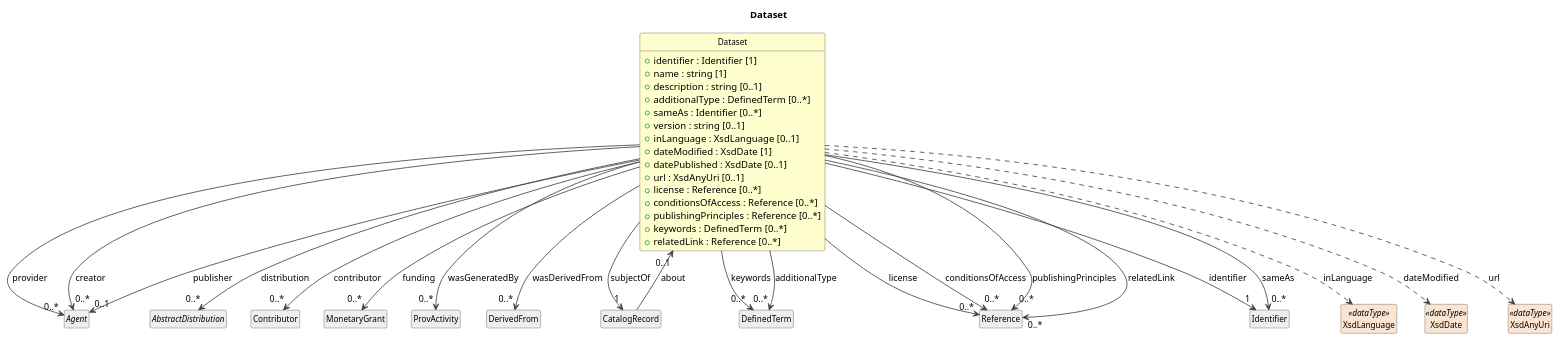
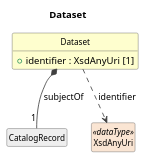
Before and after one commit to Cross-Domain-Interoperability-Framework/metadataBuildingBlocks: the diagram in cdif-uml-model/CDIFArchiveDistribution/Classes/Dataset.pu, drawn with PlantUML. The commit also changed 142 other files, not shown here.

First line of the commit message:
cdif-uml-model: regenerated CDIFArchiveDistribution (focused overview)

```diff
--- a/cdif-uml-model/CDIFArchiveDistribution/Classes/Dataset.pu
+++ b/cdif-uml-model/CDIFArchiveDistribution/Classes/Dataset.pu
@@ -1,65 +1,21 @@
 @startuml
 title Dataset
 hide circle
 hide empty members
 skinparam shadowing false
 skinparam ArrowThickness 1.2
 skinparam class {
   ArrowColor #404040
   BorderColor #404040
   FontSize 12
 }
 
 class "Dataset" as Dataset #FEFECE {
-  +identifier : Identifier [1]
-  +name : string [1]
-  +description : string [0..1]
-  +additionalType : DefinedTerm [0..*]
-  +sameAs : Identifier [0..*]
-  +version : string [0..1]
-  +inLanguage : XsdLanguage [0..1]
-  +dateModified : XsdDate [1]
-  +datePublished : XsdDate [0..1]
-  +url : XsdAnyUri [0..1]
-  +license : Reference [0..*]
-  +conditionsOfAccess : Reference [0..*]
-  +publishingPrinciples : Reference [0..*]
-  +keywords : DefinedTerm [0..*]
-  +relatedLink : Reference [0..*]
+  +identifier : XsdAnyUri [1]
 }
-abstract class "Agent" as Agent #EEEEEE
-Dataset --> "0..*" Agent : provider
-abstract class "AbstractDistribution" as AbstractDistribution #EEEEEE
-Dataset --> "0..*" AbstractDistribution : distribution
-Dataset --> "0..*" Agent : creator
-class "Contributor" as Contributor #EEEEEE
-Dataset --> "0..*" Contributor : contributor
-Dataset --> "0..1" Agent : publisher
-class "MonetaryGrant" as MonetaryGrant #EEEEEE
-Dataset --> "0..*" MonetaryGrant : funding
-class "ProvActivity" as ProvActivity #EEEEEE
-Dataset --> "0..*" ProvActivity : wasGeneratedBy
-class "DerivedFrom" as DerivedFrom #EEEEEE
-Dataset --> "0..*" DerivedFrom : wasDerivedFrom
 class "CatalogRecord" as CatalogRecord #EEEEEE
-Dataset --> "1" CatalogRecord : subjectOf
-class "DefinedTerm" as DefinedTerm #EEEEEE
-Dataset --> "0..*" DefinedTerm : keywords
-class "Reference" as Reference #EEEEEE
-Dataset --> "0..*" Reference : license
-CatalogRecord --> "0..1" Dataset : about
-class "Identifier" as Identifier #EEEEEE
-Dataset --> "1" Identifier : identifier
-Dataset --> "0..*" DefinedTerm : additionalType
-Dataset --> "0..*" Identifier : sameAs
-class "XsdLanguage" as XsdLanguage <<dataType>> #FAE5D3
-Dataset ..> XsdLanguage : inLanguage
-class "XsdDate" as XsdDate <<dataType>> #FAE5D3
-Dataset ..> XsdDate : dateModified
+Dataset *-- "1" CatalogRecord : subjectOf
 class "XsdAnyUri" as XsdAnyUri <<dataType>> #FAE5D3
-Dataset ..> XsdAnyUri : url
-Dataset --> "0..*" Reference : conditionsOfAccess
-Dataset --> "0..*" Reference : publishingPrinciples
-Dataset --> "0..*" Reference : relatedLink
+Dataset ..> XsdAnyUri : identifier
 
 @enduml
```
